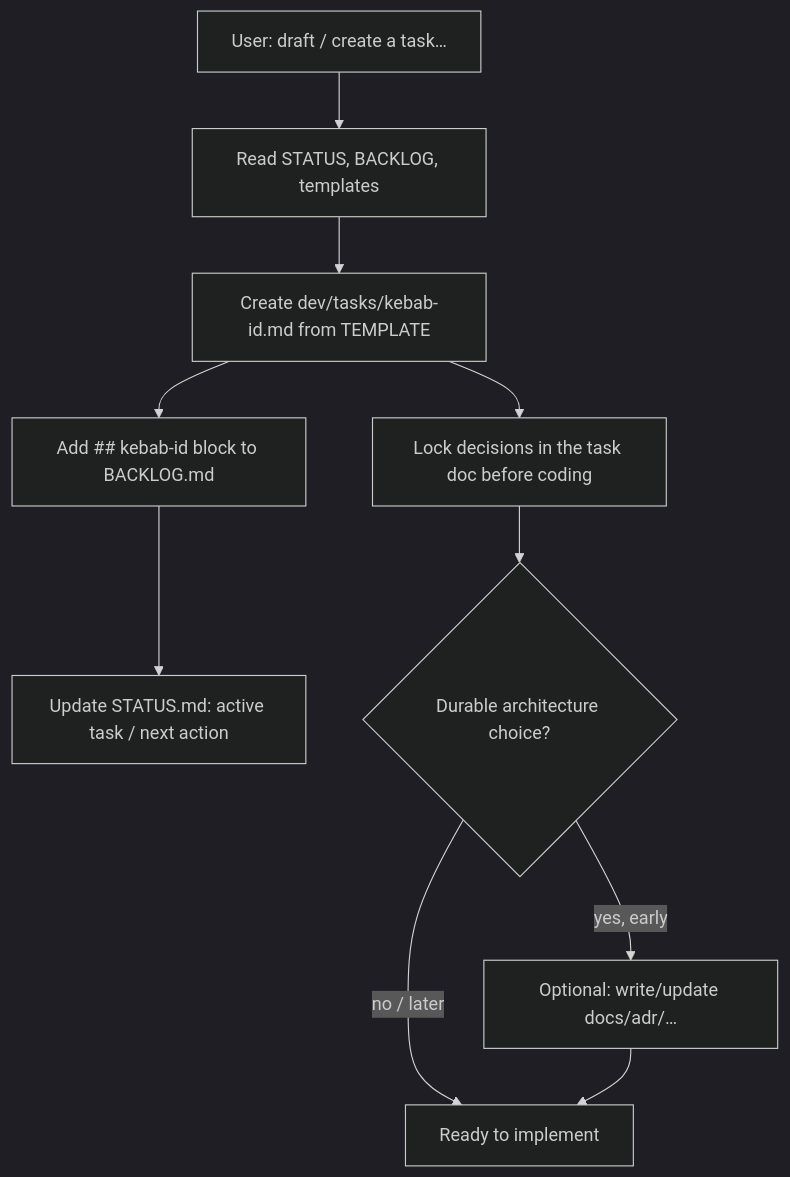
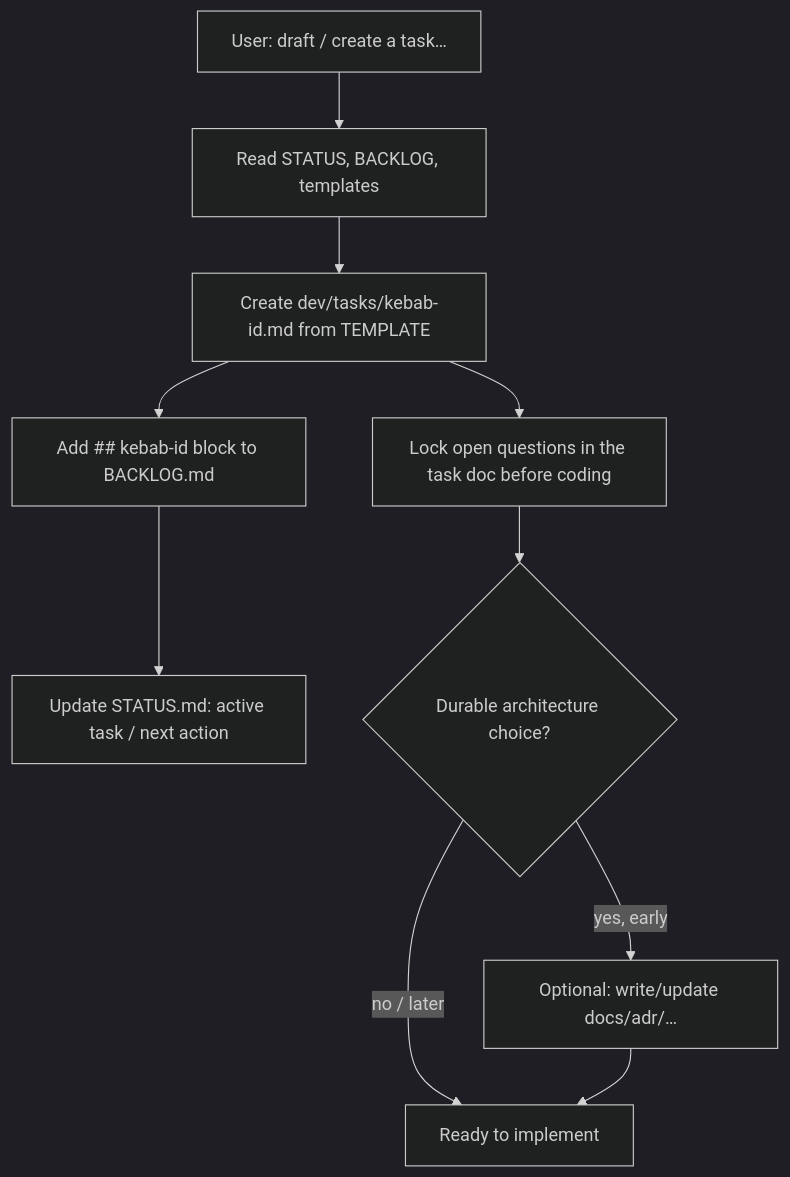
Before and after one commit to ruslanbes/Scaffold.md: the third of 5 diagrams in README.md, drawn with Mermaid (dark theme). The commit also changed other lines of this file and 4 other files, not shown here.

Commit message:
renamed decisions to open questions

````diff
--- a/README.md
+++ b/README.md
@@ -140,12 +140,12 @@
 ```mermaid
 flowchart TD
   Prompt[User: draft / create a task…] --> Read[Read STATUS, BACKLOG, templates]
   Read --> Create["Create dev/tasks/kebab-id.md from TEMPLATE"]
   Create --> Index["Add ## kebab-id block to BACKLOG.md"]
   Index --> Focus[Update STATUS.md: active task / next action]
-  Create --> Lock[Lock decisions in the task doc before coding]
+  Create --> Lock[Lock open questions in the task doc before coding]
   Lock --> MaybeADR{Durable architecture choice?}
   MaybeADR -->|yes, early| ADR[Optional: write/update docs/adr/…]
   MaybeADR -->|no / later| Ready[Ready to implement]
   ADR --> Ready
 ```
````
